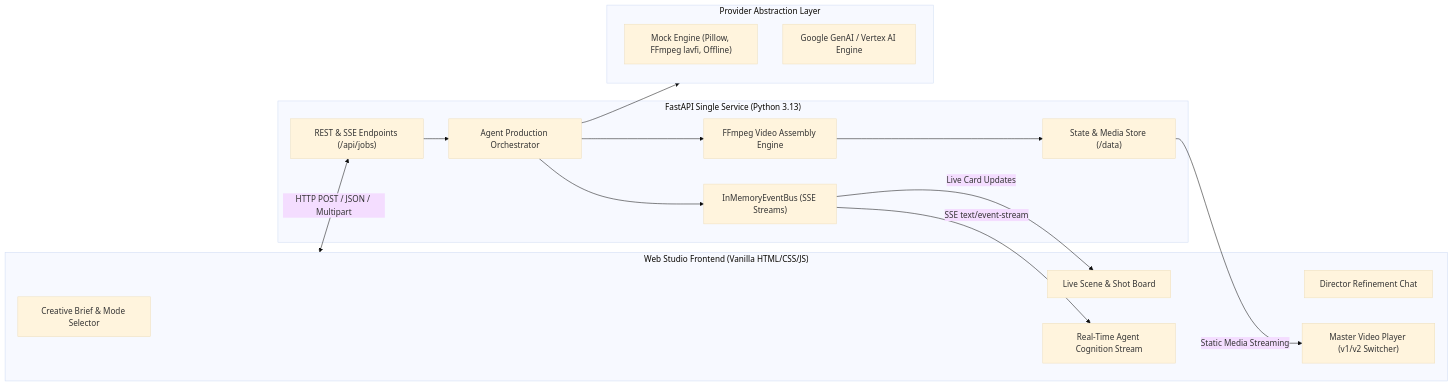
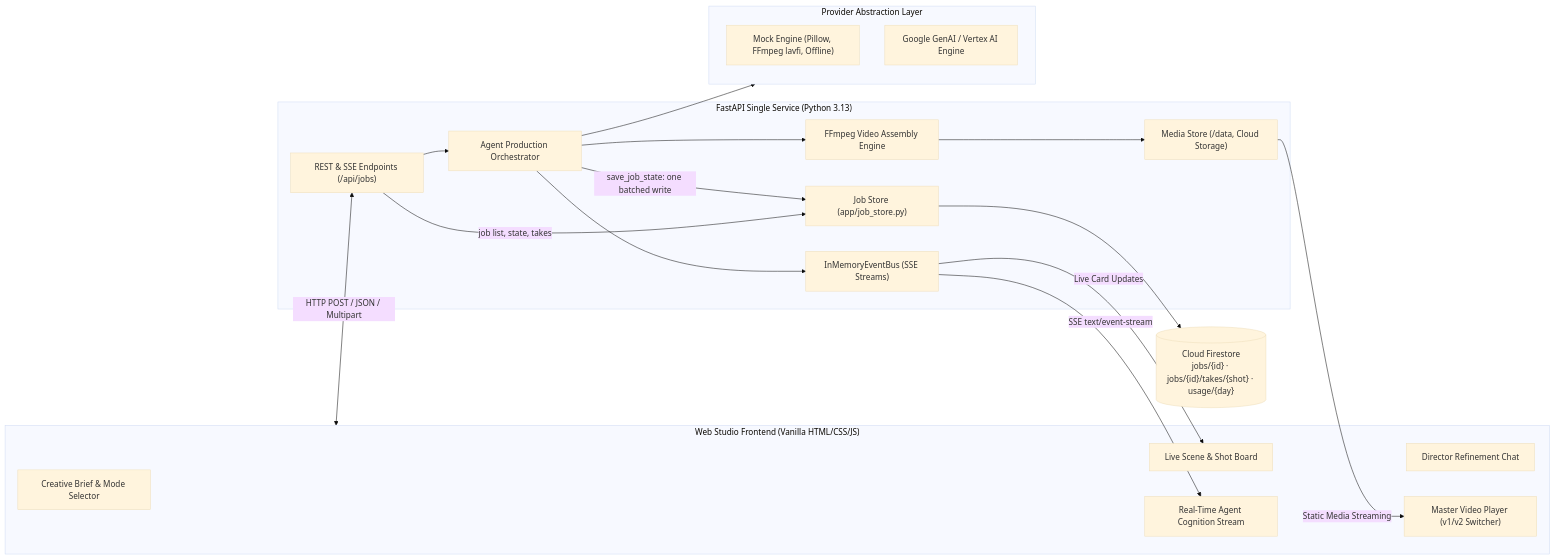
The third of 4 diagrams in README.md (iamhamzanadeem/showrunner-ai), drawn with Mermaid (base theme) before and after one commit. The commit also changed other lines of this file and 12 other files, not shown here.

Commit message:
Cloud Firestore job store: jobs/{id} + takes subcollection + usage transactions (SR_JOB_STORE=firestore on Cloud Run), backfill script, deploy grants roles/datastore.user, README

````diff
--- a/README.md
+++ b/README.md
@@ -136,33 +139,39 @@
 ```mermaid
 flowchart LR
     subgraph Browser ["Web Studio Frontend (Vanilla HTML/CSS/JS)"]
         UI_Brief["Creative Brief & Mode Selector"]
         UI_Board["Live Scene & Shot Board"]
         UI_Chat["Director Refinement Chat"]
         UI_Player["Master Video Player (v1/v2 Switcher)"]
         UI_Logs["Real-Time Agent Cognition Stream"]
     end
 
     subgraph Backend ["FastAPI Single Service (Python 3.13)"]
         API_Endpoints["REST & SSE Endpoints (/api/jobs)"]
         EventBus["InMemoryEventBus (SSE Streams)"]
         Orchestrator["Agent Production Orchestrator"]
         Assembler["FFmpeg Video Assembly Engine"]
-        Storage["State & Media Store (/data)"]
+        Storage["Media Store (/data, Cloud Storage)"]
+        JobStore["Job Store (app/job_store.py)"]
     end
+
+    Firestore[("Cloud Firestore\njobs/{id} · jobs/{id}/takes/{shot} · usage/{day}")]
 
     subgraph Providers ["Provider Abstraction Layer"]
         MockProvider["Mock Engine (Pillow, FFmpeg lavfi, Offline)"]
         GoogleProvider["Google GenAI / Vertex AI Engine"]
     end
 
     Browser <-->|HTTP POST / JSON / Multipart| API_Endpoints
     API_Endpoints --> Orchestrator
     Orchestrator --> EventBus
     EventBus -->|SSE text/event-stream| UI_Logs
     EventBus -->|Live Card Updates| UI_Board
     Orchestrator --> Providers
     Orchestrator --> Assembler
     Assembler --> Storage
     Storage -->|Static Media Streaming| UI_Player
+    Orchestrator -->|save_job_state: one batched write| JobStore
+    API_Endpoints -->|job list, state, takes| JobStore
+    JobStore --> Firestore
 ```
````
